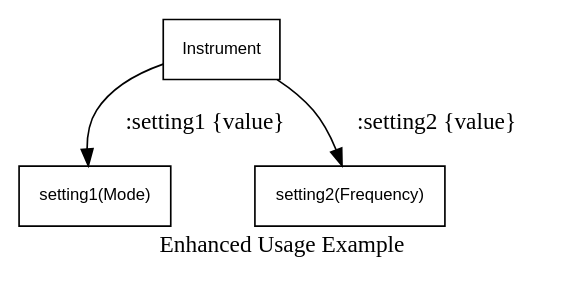
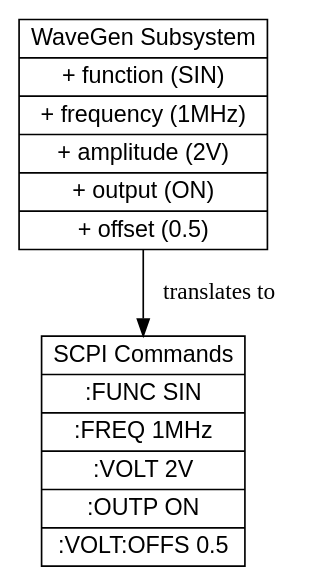
The diagram in docs/subsystems.rst (Spiryl/pymetr), drawn with Graphviz before and after one commit. The commit also changed other lines of this file and 9 other files, not shown here.

```diff
--- a/docs/subsystems.rst
+++ b/docs/subsystems.rst
@@ -77,14 +65,10 @@
 .. graphviz::
 
-    digraph usage_example {
-        node [shape=record fontname=Helvetica fontsize=10];
-        
-        Instrument [label="Instrument"];
-        Subsystem1 [label="setting1(Mode)"];
-        Subsystem2 [label="setting2(Frequency)"];
-        
-        Instrument -> Subsystem1 [label=" :setting1 {value}"];
-        Instrument -> Subsystem2 [label=" :setting2 {value}"];
-        
-        label="Enhanced Usage Example";
+    digraph subsystem {
+        node [shape=record, fontname=Arial];
+
+        WaveGen [label="{WaveGen Subsystem|+ function (SIN)|+ frequency (1MHz)|+ amplitude (2V)|+ output (ON)|+ offset (0.5)}"];
+        SCPI [label="{SCPI Commands|:FUNC SIN|:FREQ 1MHz|:VOLT 2V|:OUTP ON|:VOLT:OFFS 0.5}"];
+
+        WaveGen -> SCPI [label="translates to"];
     }
```
